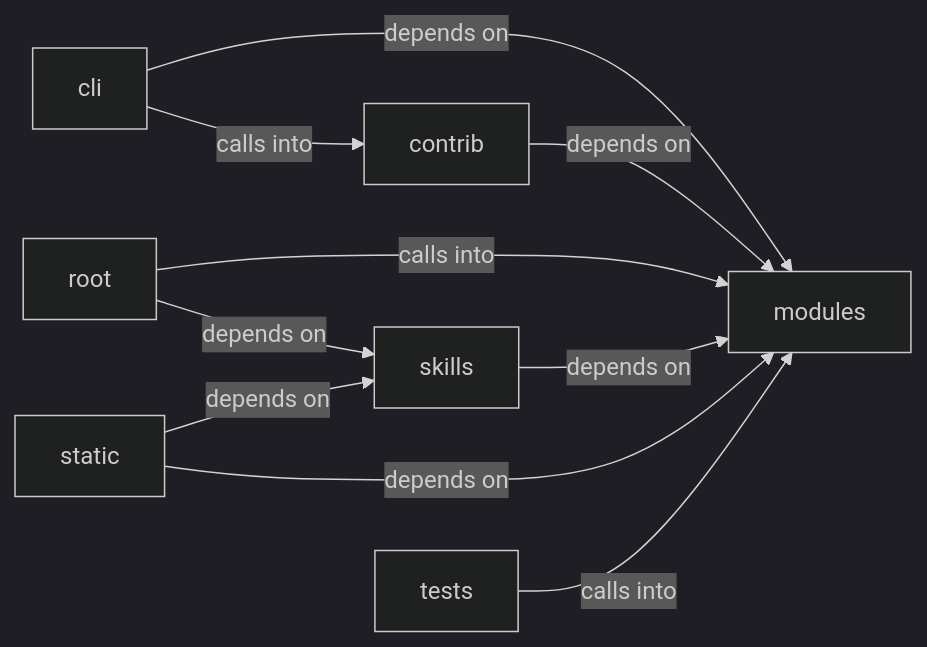
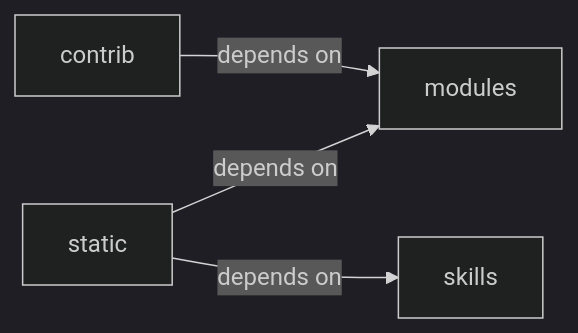
Before and after one commit to grisuno/LazyOwn: the diagram in readmenator-diagrams/skills_claude_md_orchestrator.md, drawn with Mermaid (dark theme). The commit also changed other lines of this file and 764 other files, not shown here.

````diff
--- a/readmenator-diagrams/skills_claude_md_orchestrator.md
+++ b/readmenator-diagrams/skills_claude_md_orchestrator.md
@@ -5,19 +5,10 @@
 ```mermaid
 graph LR
-    cli["cli"]
     contrib["contrib"]
     modules["modules"]
-    root["root"]
     skills["skills"]
     static["static"]
-    tests["tests"]
-    cli -- "calls into" --> contrib
-    cli -- "depends on" --> modules
     contrib -- "depends on" --> modules
-    root -- "calls into" --> modules
-    root -- "depends on" --> skills
-    skills -- "depends on" --> modules
     static -- "depends on" --> modules
     static -- "depends on" --> skills
-    tests -- "calls into" --> modules
 ```
````
